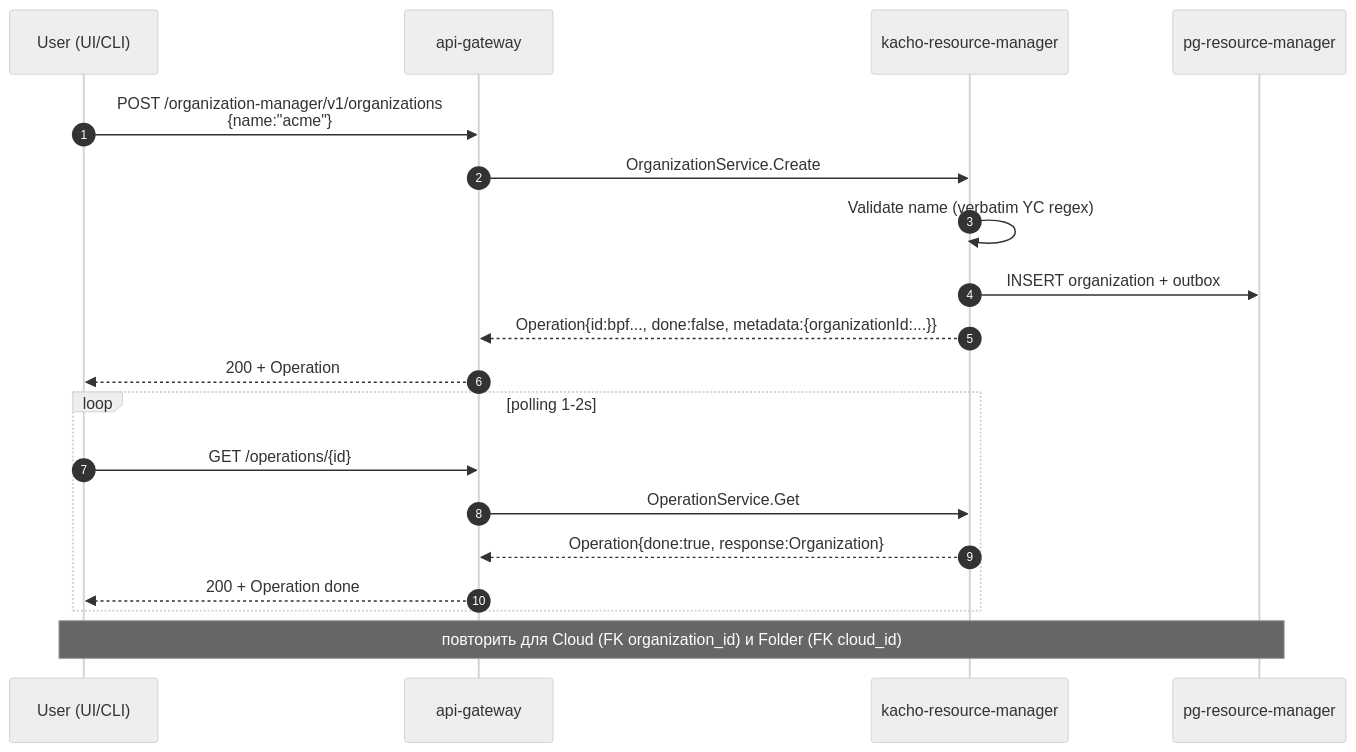
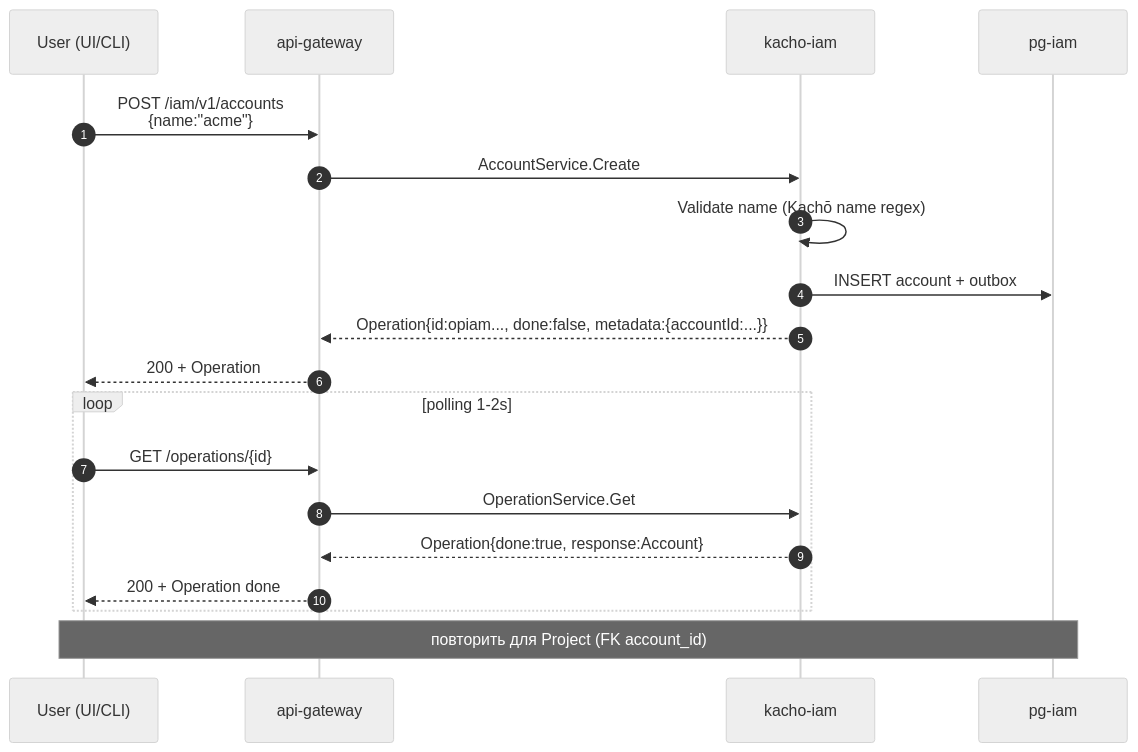
One commit to PRO-Robotech/kacho-workspace changed the first of 6 diagrams in docs/architecture/02-data-flows.md. Above: the diagram before and after it, drawn with Mermaid (neutral theme). The commit also changed other lines of this file and 16 other files, not shown here.

````diff
--- a/docs/architecture/02-data-flows.md
+++ b/docs/architecture/02-data-flows.md
@@ -18,24 +18,24 @@
 ```mermaid
 sequenceDiagram
   autonumber
   participant U as User (UI/CLI)
   participant GW as api-gateway
-  participant RM as kacho-resource-manager
-  participant DB as pg-resource-manager
+  participant IAM as kacho-iam
+  participant DB as pg-iam
 
-  U->>GW: POST /organization-manager/v1/organizations<br/>{name:"acme"}
-  GW->>RM: OrganizationService.Create
-  RM->>RM: Validate name (verbatim YC regex)
-  RM->>DB: INSERT organization + outbox
-  RM-->>GW: Operation{id:bpf..., done:false, metadata:{organizationId:...}}
+  U->>GW: POST /iam/v1/accounts<br/>{name:"acme"}
+  GW->>IAM: AccountService.Create
+  IAM->>IAM: Validate name (Kachō name regex)
+  IAM->>DB: INSERT account + outbox
+  IAM-->>GW: Operation{id:opiam..., done:false, metadata:{accountId:...}}
   GW-->>U: 200 + Operation
 
   loop polling 1-2s
     U->>GW: GET /operations/{id}
-    GW->>RM: OperationService.Get
-    RM-->>GW: Operation{done:true, response:Organization}
+    GW->>IAM: OperationService.Get
+    IAM-->>GW: Operation{done:true, response:Account}
     GW-->>U: 200 + Operation done
   end
 
-  Note over U,DB: повторить для Cloud (FK organization_id) и Folder (FK cloud_id)
+  Note over U,DB: повторить для Project (FK account_id)
 ```
````
